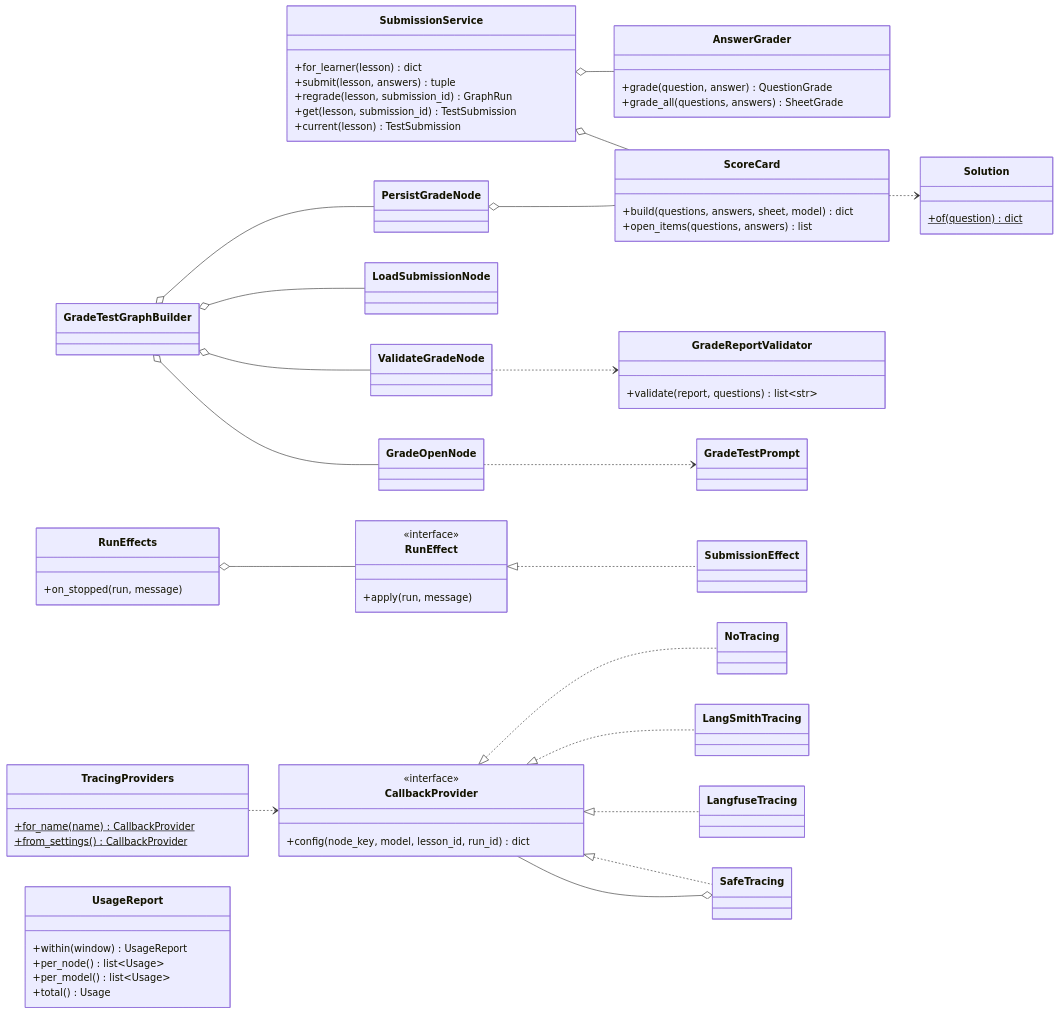
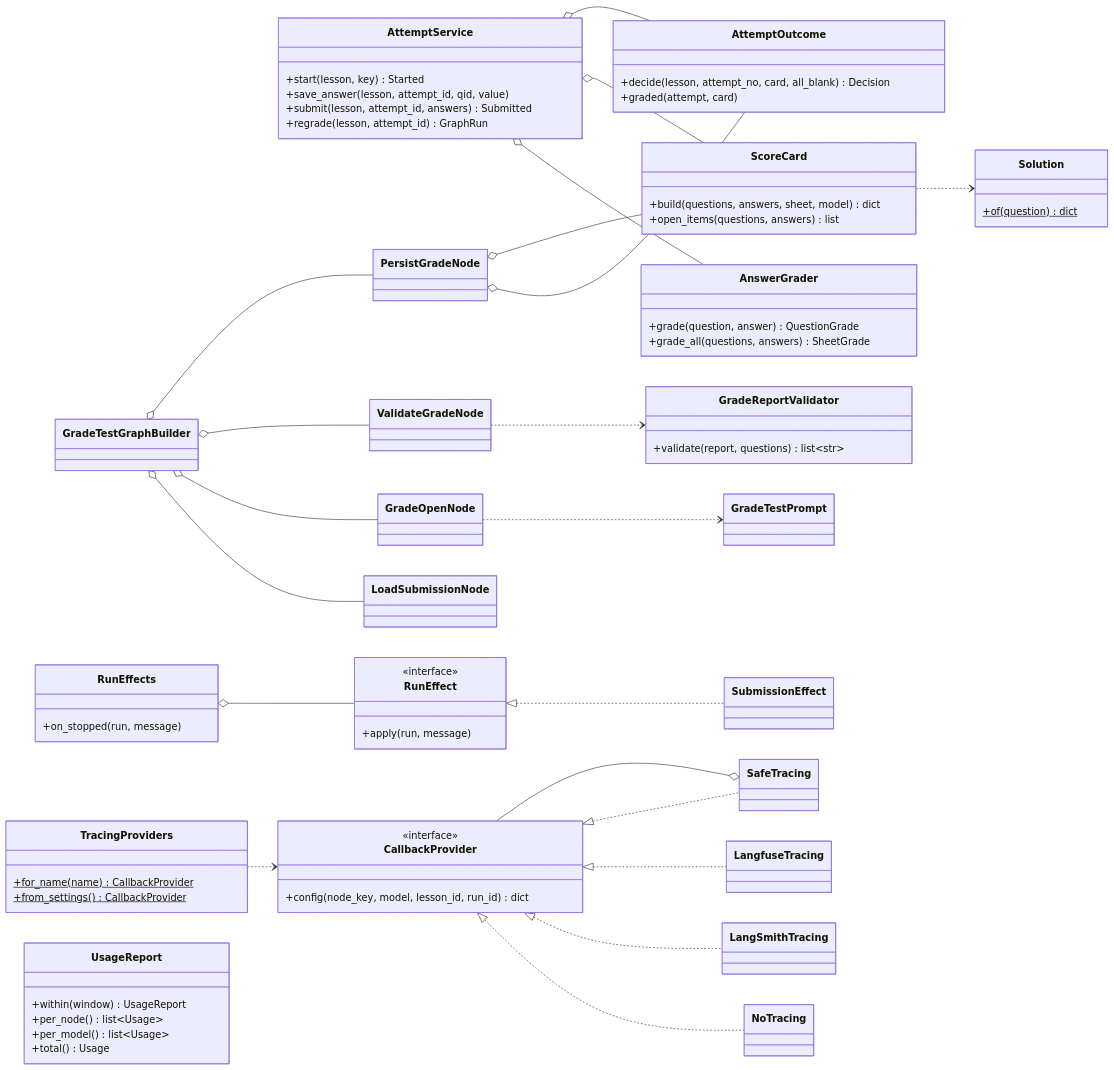
Diagram 17 of 23 in docs/architecture/design.md (Satyamkumarjha4/Intelilearn), drawn with Mermaid before and after one commit. The commit also changed other lines of this file and 8 other files, not shown here.

First line of the commit message:
docs: attempts, the fixed test blueprint, the question pipeline and the retake graph

````diff
--- a/docs/architecture/design.md
+++ b/docs/architecture/design.md
@@ -1498,76 +1499,81 @@
 ```mermaid
 classDiagram
     direction LR
     class AnswerGrader {
         +grade(question, answer) QuestionGrade
         +grade_all(questions, answers) SheetGrade
     }
     class ScoreCard {
         +build(questions, answers, sheet, model) dict
         +open_items(questions, answers) list
     }
     class Solution {
         +of(question)$ dict
     }
     class GradeReportValidator {
         +validate(report, questions) list~str~
     }
     class GradeTestPrompt
-    class SubmissionService {
-        +for_learner(lesson) dict
-        +submit(lesson, answers) tuple
-        +regrade(lesson, submission_id) GraphRun
-        +get(lesson, submission_id) TestSubmission
-        +current(lesson) TestSubmission
+    class AttemptService {
+        +start(lesson, key) Started
+        +save_answer(lesson, attempt_id, qid, value)
+        +submit(lesson, attempt_id, answers) Submitted
+        +regrade(lesson, attempt_id) GraphRun
+    }
+    class AttemptOutcome {
+        +decide(lesson, attempt_no, card, all_blank) Decision
+        +graded(attempt, card)
     }
     class RunEffects {
         +on_stopped(run, message)
     }
     class RunEffect {
         <<interface>>
         +apply(run, message)
     }
     class SubmissionEffect
     class GradeTestGraphBuilder
     class LoadSubmissionNode
     class GradeOpenNode
     class ValidateGradeNode
     class PersistGradeNode
     class CallbackProvider {
         <<interface>>
         +config(node_key, model, lesson_id, run_id) dict
     }
     class NoTracing
     class LangSmithTracing
     class LangfuseTracing
     class SafeTracing
     class TracingProviders {
         +for_name(name)$ CallbackProvider
         +from_settings()$ CallbackProvider
     }
     class UsageReport {
         +within(window) UsageReport
         +per_node() list~Usage~
         +per_model() list~Usage~
         +total() Usage
     }
 
-    SubmissionService o-- AnswerGrader
-    SubmissionService o-- ScoreCard
+    AttemptService o-- AnswerGrader
+    AttemptService o-- ScoreCard
+    AttemptService o-- AttemptOutcome
+    PersistGradeNode o-- AttemptOutcome
     ScoreCard ..> Solution
     GradeTestGraphBuilder o-- LoadSubmissionNode
     GradeTestGraphBuilder o-- GradeOpenNode
     GradeTestGraphBuilder o-- ValidateGradeNode
     GradeTestGraphBuilder o-- PersistGradeNode
     GradeOpenNode ..> GradeTestPrompt
     ValidateGradeNode ..> GradeReportValidator
     PersistGradeNode o-- ScoreCard
     RunEffects o-- RunEffect
     RunEffect <|.. SubmissionEffect
     CallbackProvider <|.. NoTracing
     CallbackProvider <|.. LangSmithTracing
     CallbackProvider <|.. LangfuseTracing
     CallbackProvider <|.. SafeTracing
     SafeTracing o-- CallbackProvider
     TracingProviders ..> CallbackProvider
 ```
````
